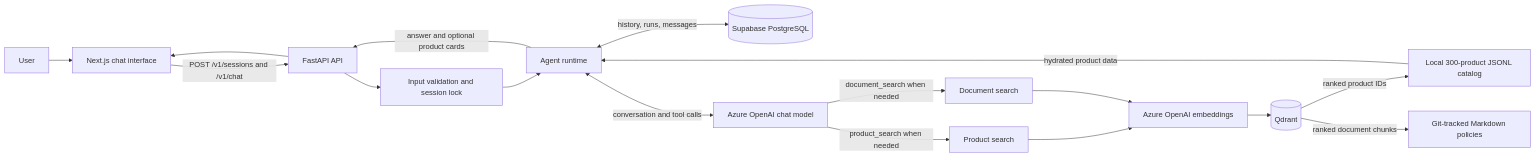
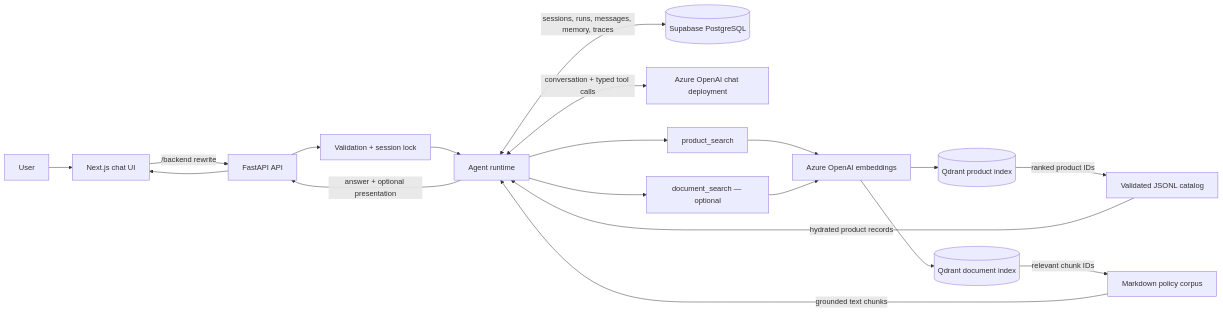
Before and after one commit to Mardaliyeva/sales-bot: the first of 2 diagrams in README.md, drawn with Mermaid. The commit also changed other lines of this file and 23 other files, not shown here.

````diff
--- a/README.md
+++ b/README.md
@@ -27,19 +47,25 @@
 ```mermaid
 flowchart LR
-    U["User"] --> UI["Next.js chat interface"]
-    UI -->|"POST /v1/sessions and /v1/chat"| API["FastAPI API"]
-    API --> SAFE["Input validation and session lock"]
-    SAFE --> AGENT["Agent runtime"]
-    AGENT <-->|"history, runs, messages"| DB[("Supabase PostgreSQL")]
-    AGENT <-->|"conversation and tool calls"| LLM["Azure OpenAI chat model"]
-    LLM -->|"product_search when needed"| SEARCH["Product search"]
-    LLM -->|"document_search when needed"| DOCSEARCH["Document search"]
-    SEARCH --> EMB["Azure OpenAI embeddings"]
-    DOCSEARCH --> EMB
-    EMB --> QD[("Qdrant")]
-    QD -->|"ranked product IDs"| CATALOG["Local 300-product JSONL catalog"]
-    QD -->|"ranked document chunks"| DOCS["Git-tracked Markdown policies"]
-    CATALOG -->|"hydrated product data"| AGENT
-    AGENT -->|"answer and optional product cards"| API
+    USER["User"] --> UI["Next.js chat UI"]
+    UI -->|"/backend rewrite"| API["FastAPI API"]
+
+    API --> GATE["Validation + session lock"]
+    GATE --> AGENT["Agent runtime"]
+    AGENT <-->|"sessions, runs, messages, memory, traces"| DB[("Supabase PostgreSQL")]
+    AGENT <-->|"conversation + typed tool calls"| CHAT["Azure OpenAI chat deployment"]
+
+    AGENT --> PSEARCH["product_search"]
+    PSEARCH --> EMB["Azure OpenAI embeddings"]
+    EMB --> QPRODUCT[("Qdrant product index")]
+    QPRODUCT -->|"ranked product IDs"| CATALOG["Validated JSONL catalog"]
+    CATALOG -->|"hydrated product records"| AGENT
+
+    AGENT --> DSEARCH["document_search — optional"]
+    DSEARCH --> EMB
+    EMB --> QDOCS[("Qdrant document index")]
+    QDOCS -->|"relevant chunk IDs"| DOCS["Markdown policy corpus"]
+    DOCS -->|"grounded text chunks"| AGENT
+
+    AGENT -->|"answer + optional presentation"| API
     API --> UI
 ```
````
